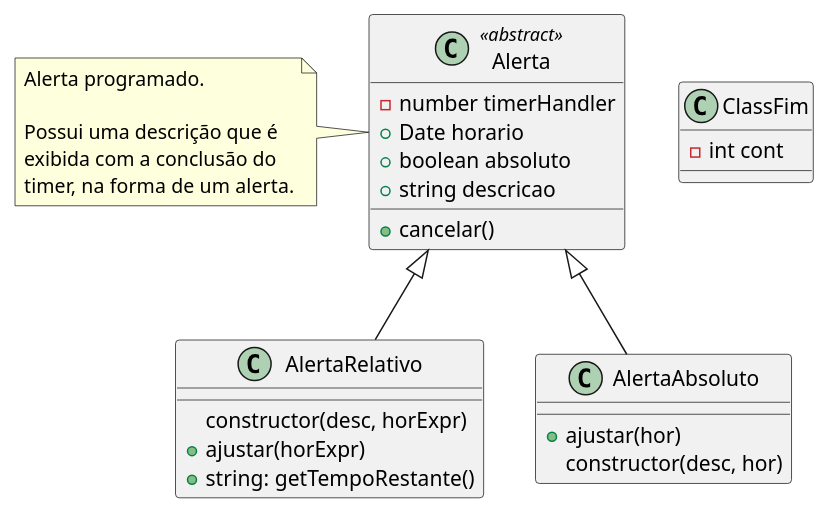
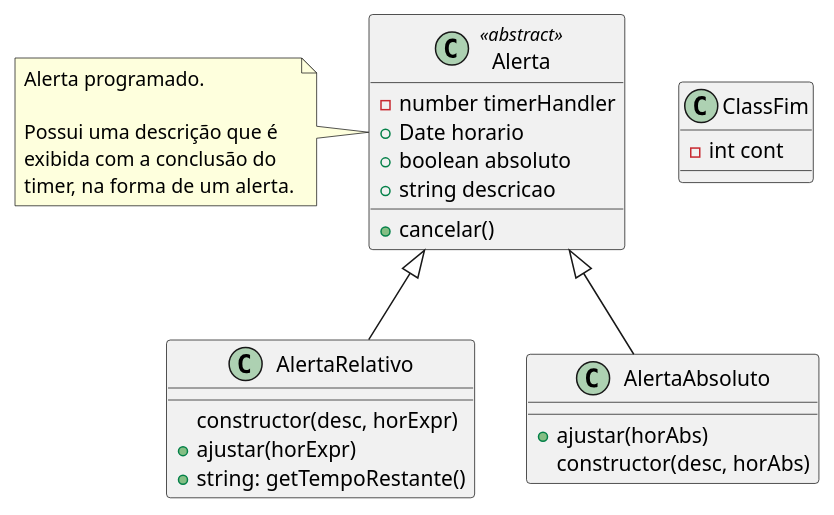
One commit to utfpr-cefwm/plantuml-demo-2023-1 changed the diagram in classes.puml. Above: the diagram before and after it, drawn with PlantUML.

Commit message:
Renomeia hor para horAbs

```diff
--- a/classes.puml
+++ b/classes.puml
@@ -1,32 +1,32 @@
 @startuml "Classes"
 
 top to bottom direction
 
 class Alerta <<abstract>> {
   - number timerHandler
   + Date horario
   + boolean absoluto
   + string descricao
   + cancelar()
 }
 note left of Alerta : Alerta programado.\n\nPossui uma descrição que é\nexibida com a conclusão do\ntimer, na forma de um alerta.
 
 class AlertaRelativo {
   constructor(desc, horExpr)
   + ajustar(horExpr)
   + string: getTempoRestante()
 }
 
 class AlertaAbsoluto {
-  + ajustar(hor)
-  constructor(desc, hor)
+  + ajustar(horAbs)
+  constructor(desc, horAbs)
 }
 
 class ClassFim {
   - int cont
 }
 
 Alerta <|-- AlertaRelativo
 Alerta <|-- AlertaAbsoluto
 
 @enduml
```
